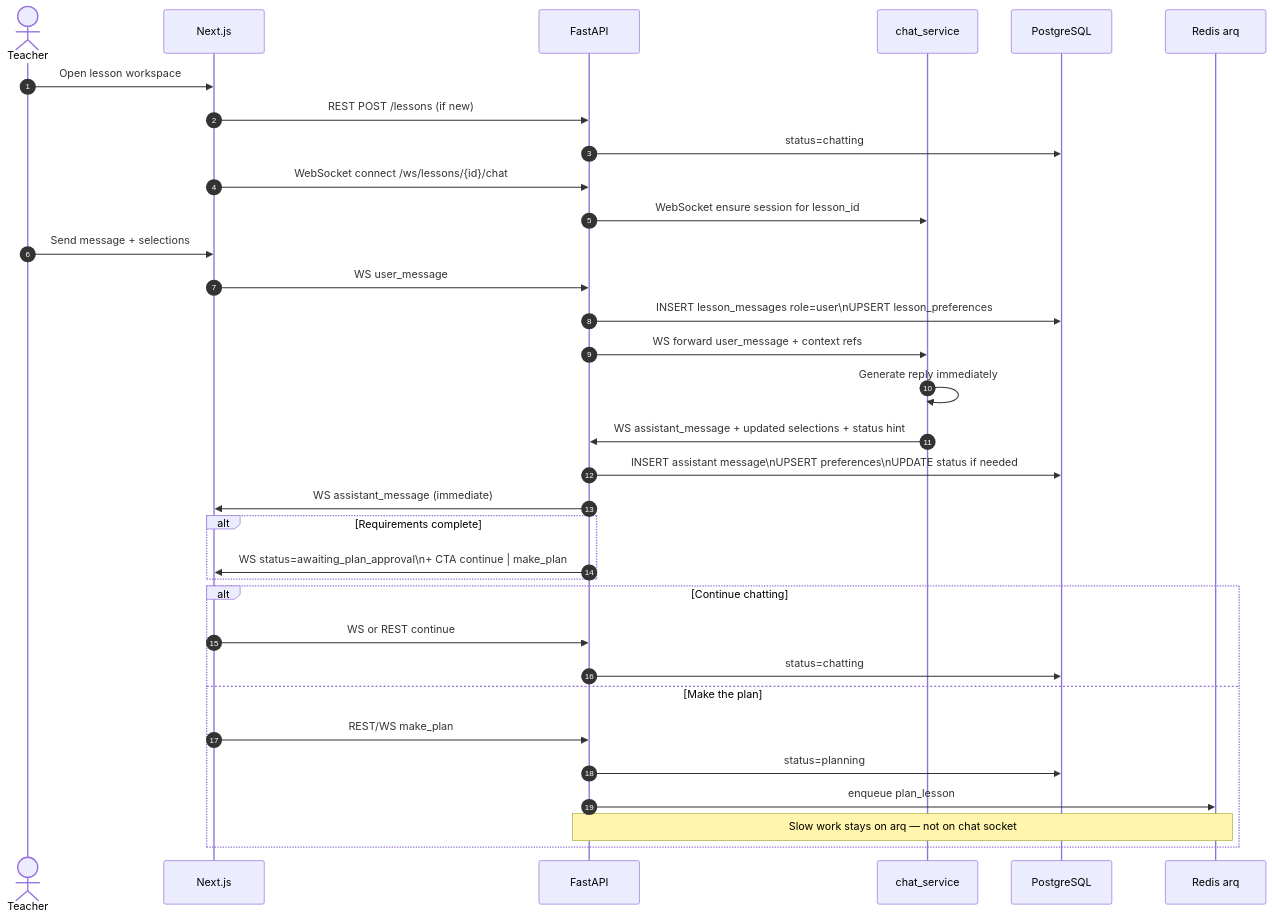
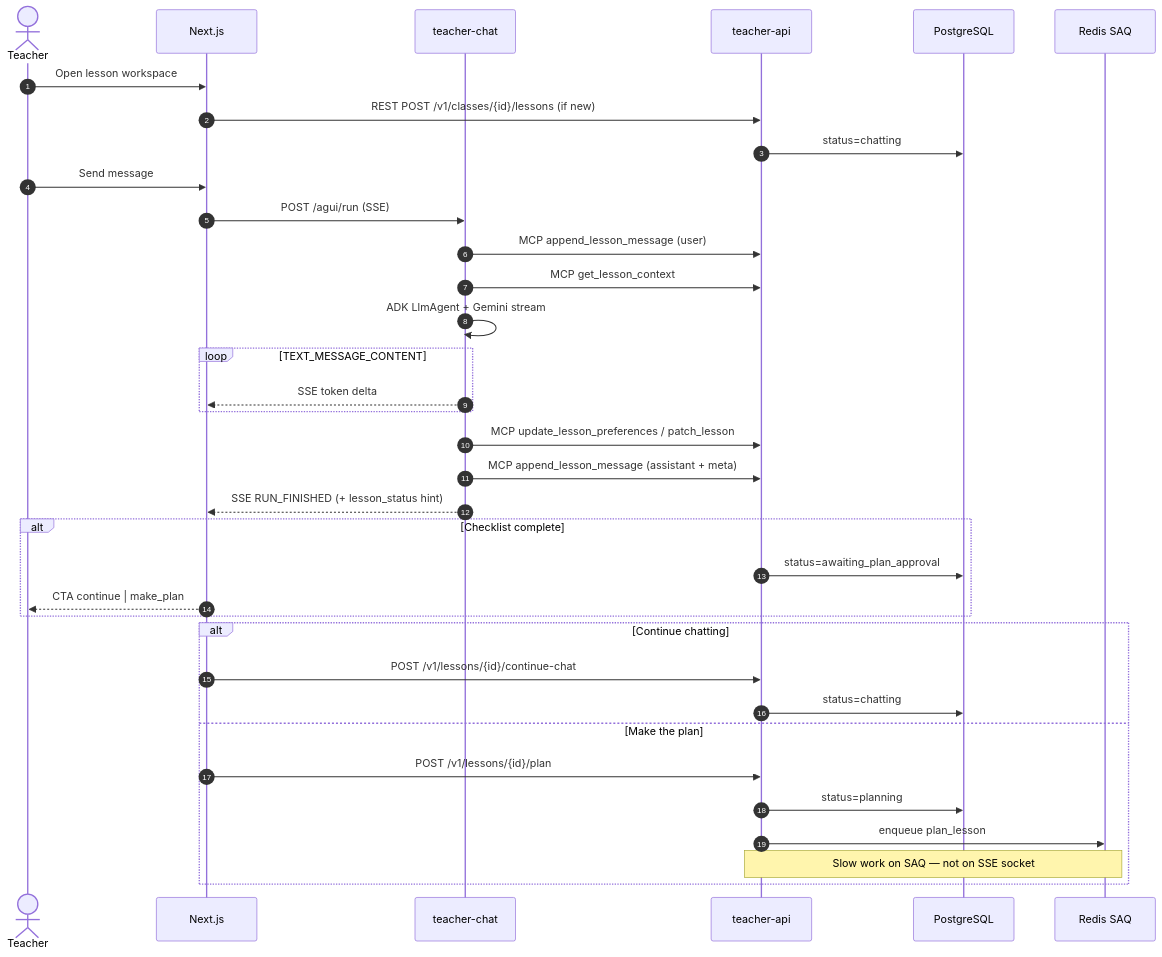
The second of 3 diagrams in docs/architecture/06-chat-service.md (BasselSallam2/teacher-mock), drawn with Mermaid before and after one commit. The commit also changed other lines of this file and 10 other files, not shown here.

Commit message:
Enhance README and add system overview documentation; update media handling and lesson planning architecture. Introduce nested media folders and clarify production stack details.

````diff
--- a/docs/architecture/06-chat-service.md
+++ b/docs/architecture/06-chat-service.md
@@ -36,39 +51,40 @@
 ```mermaid
 sequenceDiagram
   autonumber
   actor T as Teacher
   participant UI as Next.js
-  participant API as FastAPI
-  participant Chat as chat_service
+  participant Chat as teacher-chat
+  participant API as teacher-api
   participant PG as PostgreSQL
-  participant R as Redis arq
+  participant R as Redis SAQ
 
   T->>UI: Open lesson workspace
-  UI->>API: REST POST /lessons (if new)
+  UI->>API: REST POST /v1/classes/{id}/lessons (if new)
   API->>PG: status=chatting
-  UI->>API: WebSocket connect /ws/lessons/{id}/chat
-  API->>Chat: WebSocket ensure session for lesson_id
+  T->>UI: Send message
+  UI->>Chat: POST /agui/run (SSE)
+  Chat->>API: MCP append_lesson_message (user)
+  Chat->>API: MCP get_lesson_context
+  Chat->>Chat: ADK LlmAgent + Gemini stream
+  loop TEXT_MESSAGE_CONTENT
+    Chat-->>UI: SSE token delta
+  end
+  Chat->>API: MCP update_lesson_preferences / patch_lesson
+  Chat->>API: MCP append_lesson_message (assistant + meta)
+  Chat-->>UI: SSE RUN_FINISHED (+ lesson_status hint)
 
-  T->>UI: Send message + selections
-  UI->>API: WS user_message
-  API->>PG: INSERT lesson_messages role=user\nUPSERT lesson_preferences
-  API->>Chat: WS forward user_message + context refs
-  Chat->>Chat: Generate reply immediately
-  Chat->>API: WS assistant_message + updated selections + status hint
-  API->>PG: INSERT assistant message\nUPSERT preferences\nUPDATE status if needed
-  API->>UI: WS assistant_message (immediate)
-
-  alt Requirements complete
-    API->>UI: WS status=awaiting_plan_approval\n+ CTA continue | make_plan
+  alt Checklist complete
+    API->>PG: status=awaiting_plan_approval
+    UI-->>T: CTA continue | make_plan
   end
 
   alt Continue chatting
-    UI->>API: WS or REST continue
+    UI->>API: POST /v1/lessons/{id}/continue-chat
     API->>PG: status=chatting
   else Make the plan
-    UI->>API: REST/WS make_plan
+    UI->>API: POST /v1/lessons/{id}/plan
     API->>PG: status=planning
     API->>R: enqueue plan_lesson
-    Note over API,R: Slow work stays on arq — not on chat socket
+    Note over API,R: Slow work on SAQ — not on SSE socket
   end
 ```
````
